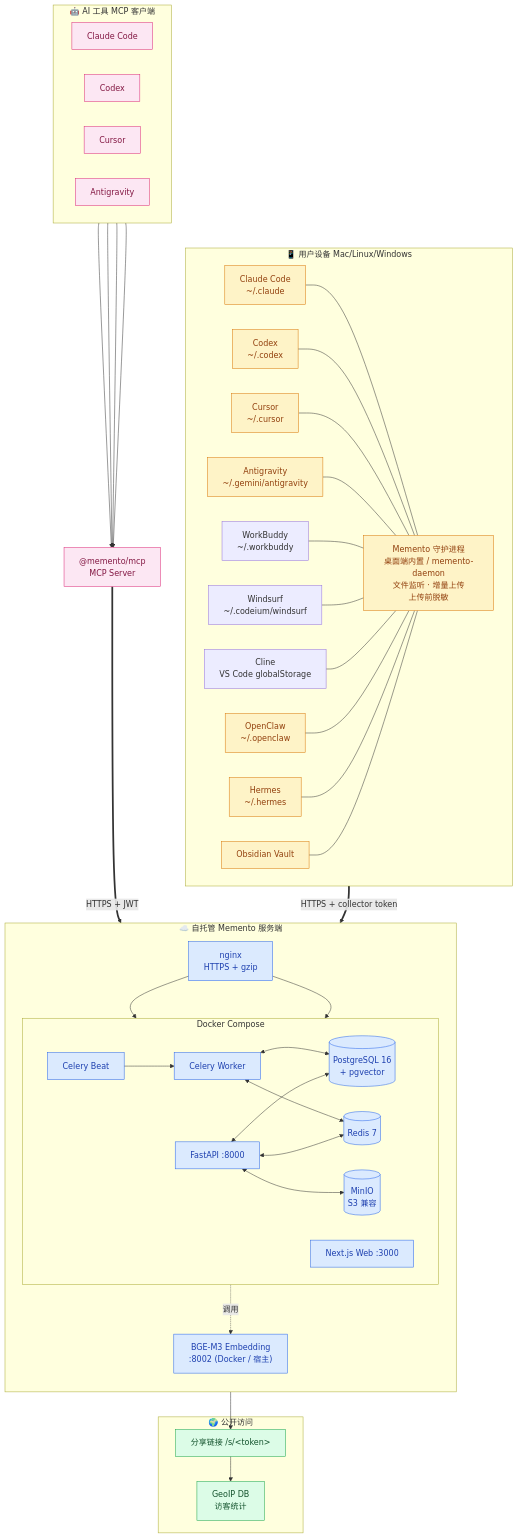
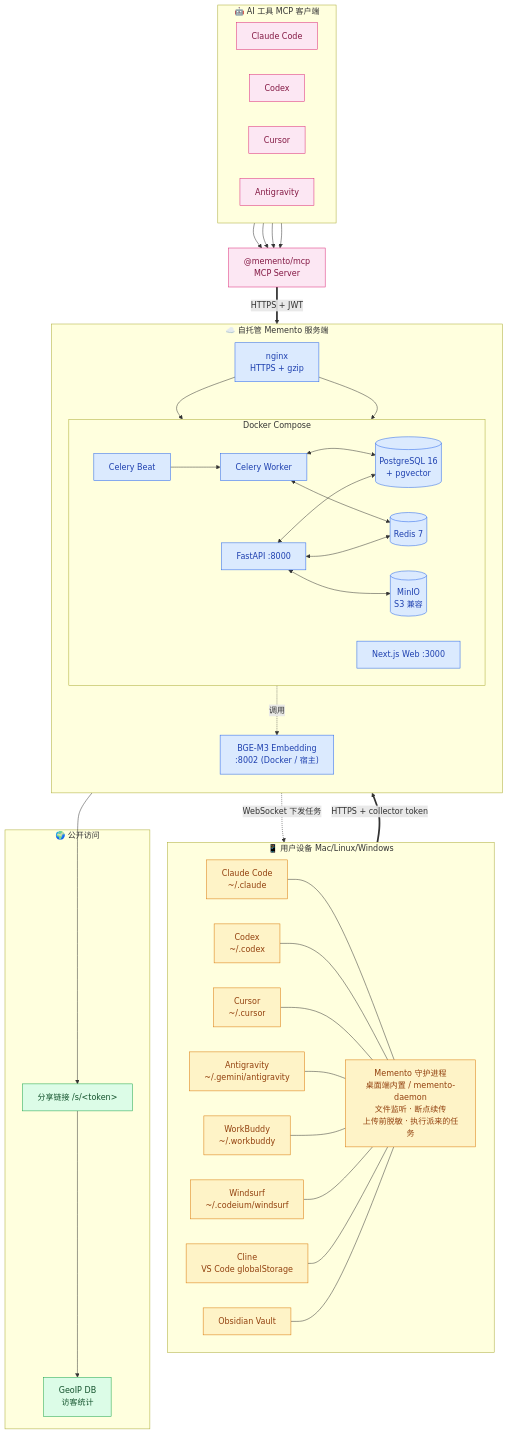
Before and after one commit to ddong8/memento: the first of 2 diagrams in README.md, drawn with Mermaid. The commit also changed other lines of this file and 3 other files, not shown here.

```diff
--- a/README.md
+++ b/README.md
@@ -51,10 +53,8 @@
         WB["WorkBuddy<br/>~/.workbuddy"]
         WS["Windsurf<br/>~/.codeium/windsurf"]
         CL["Cline<br/>VS Code globalStorage"]
-        OC["OpenClaw<br/>~/.openclaw"]
-        HM["Hermes<br/>~/.hermes"]
         OBS["Obsidian Vault"]
-        COL["Memento 守护进程<br/>桌面端内置 / memento-daemon<br/>文件监听 · 增量上传<br/>上传前脱敏"]
+        COL["Memento 守护进程<br/>桌面端内置 / memento-daemon<br/>文件监听 · 断点续传<br/>上传前脱敏 · 执行派来的任务"]
         CC --- COL
         CDX --- COL
         CUR --- COL
@@ -62,8 +62,6 @@
         WB --- COL
         WS --- COL
         CL --- COL
-        OC --- COL
-        HM --- COL
         OBS --- COL
     end
 
@@ -110,6 +108,7 @@
     MAG --> MCP
 
     COL ==>|"HTTPS + collector token"| NGX
+    NGX -.->|"WebSocket 下发任务"| COL
     MCP ==>|"HTTPS + JWT"| NGX
 
     subgraph PUB["🌍 公开访问"]
@@ -123,7 +122,7 @@
     classDef server fill:#dbeafe,stroke:#2563eb,color:#1e40af
     classDef client fill:#fce7f3,stroke:#db2777,color:#831843
     classDef public fill:#dcfce7,stroke:#16a34a,color:#14532d
-    class CC,CDX,CUR,AG,OC,HM,OBS,COL device
+    class CC,CDX,CUR,AG,WB,WS,CL,OBS,COL device
     class API,WEB,CW,CB,PG,RD,S3,EMB,NGX server
     class MCC,MCDX,MCUR,MAG,MCP client
     class SHARE,GEO public
```
